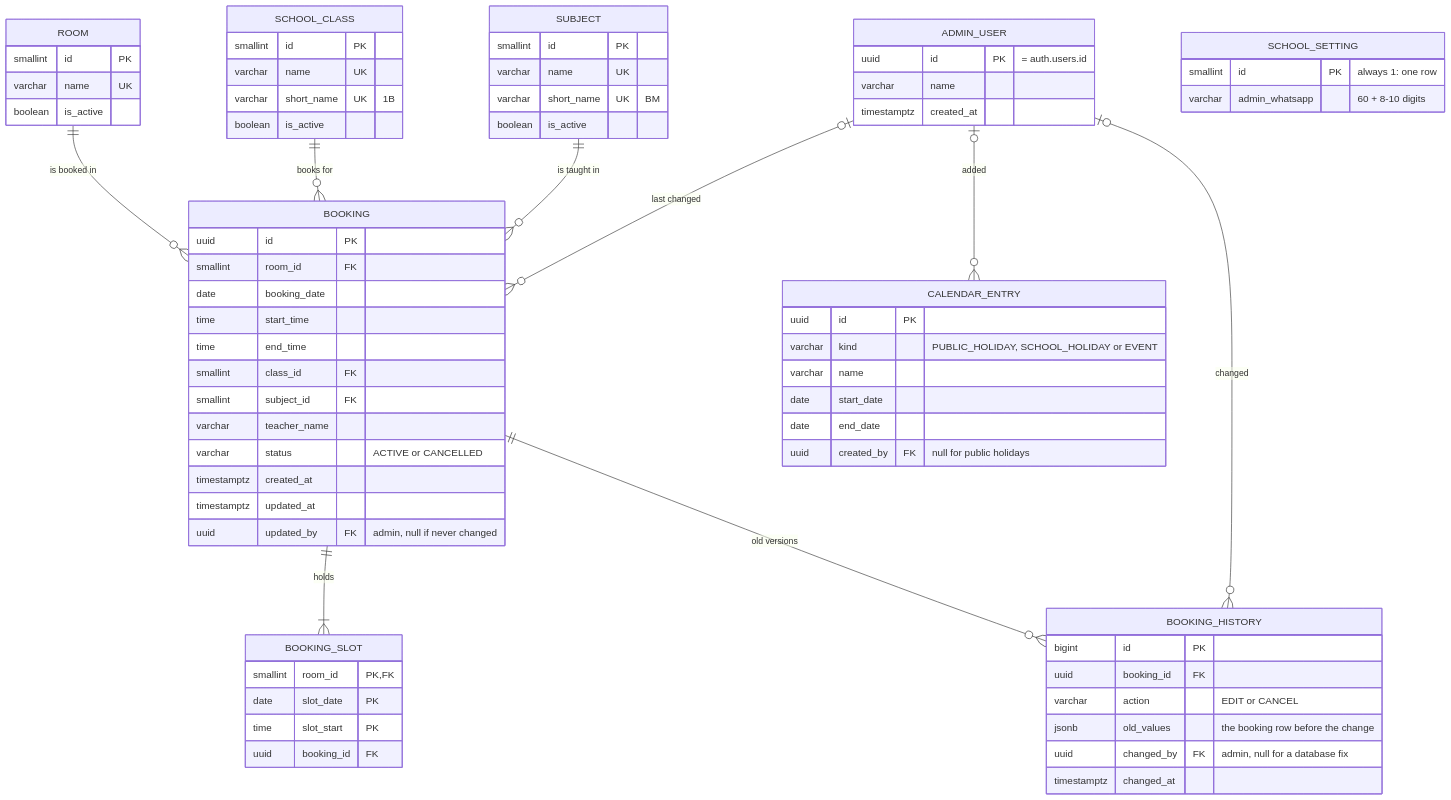
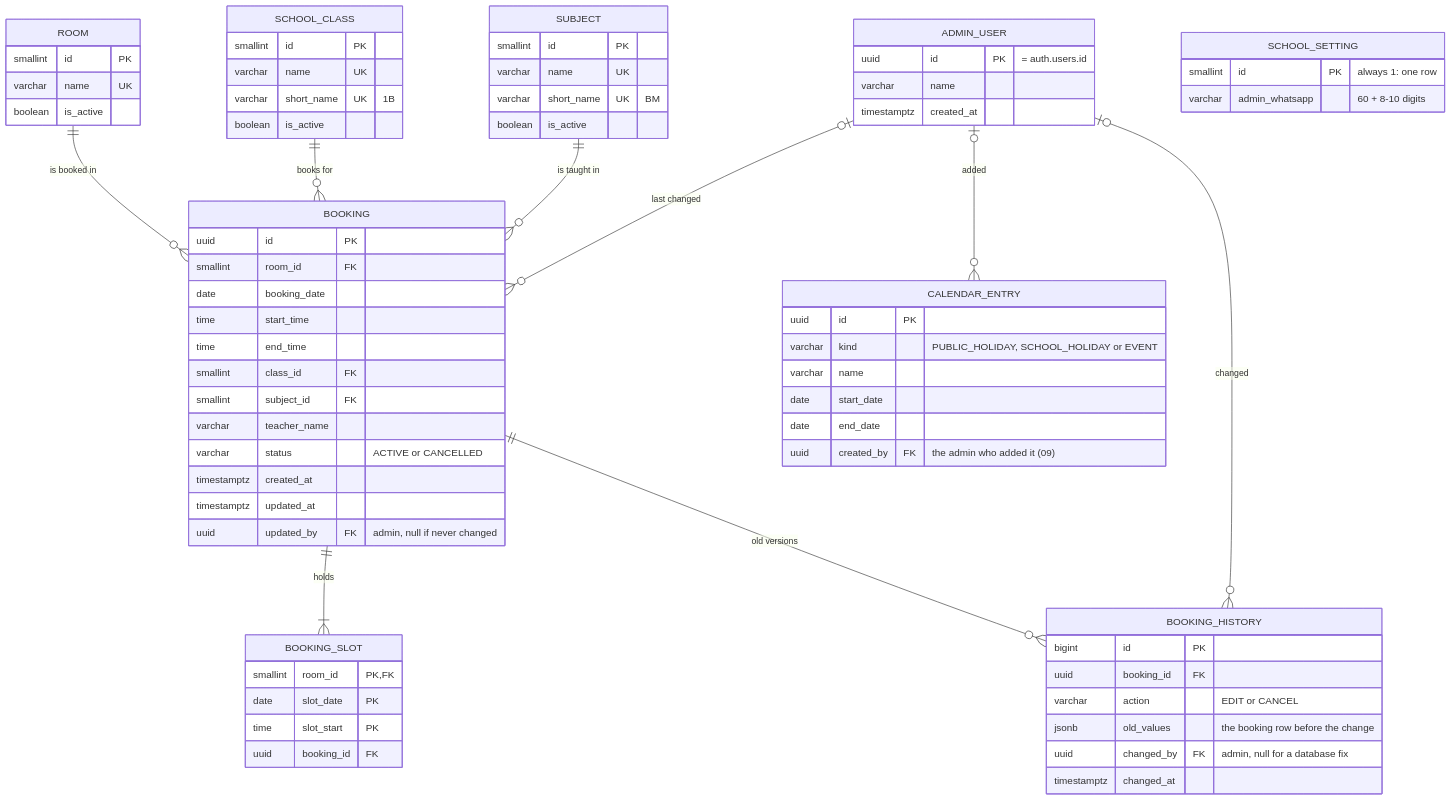
The diagram in docs/database.md (ictmitspi/mitspi-sys), drawn with Mermaid before and after one commit. The commit also changed other lines of this file and 9 other files, not shown here.

````diff
--- a/docs/database.md
+++ b/docs/database.md
@@ -25,74 +26,74 @@
 ```mermaid
 erDiagram
   ROOM ||--o{ BOOKING : "is booked in"
   SCHOOL_CLASS ||--o{ BOOKING : "books for"
   SUBJECT ||--o{ BOOKING : "is taught in"
   BOOKING ||--|{ BOOKING_SLOT : "holds"
   BOOKING ||--o{ BOOKING_HISTORY : "old versions"
   ADMIN_USER |o--o{ BOOKING : "last changed"
   ADMIN_USER |o--o{ BOOKING_HISTORY : "changed"
   ADMIN_USER |o--o{ CALENDAR_ENTRY : "added"
 
   ROOM {
     smallint id PK
     varchar name UK
     boolean is_active
   }
   SCHOOL_CLASS {
     smallint id PK
     varchar name UK
     varchar short_name UK "1B"
     boolean is_active
   }
   SUBJECT {
     smallint id PK
     varchar name UK
     varchar short_name UK "BM"
     boolean is_active
   }
   BOOKING {
     uuid id PK
     smallint room_id FK
     date booking_date
     time start_time
     time end_time
     smallint class_id FK
     smallint subject_id FK
     varchar teacher_name
     varchar status "ACTIVE or CANCELLED"
     timestamptz created_at
     timestamptz updated_at
     uuid updated_by FK "admin, null if never changed"
   }
   BOOKING_SLOT {
     smallint room_id PK, FK
     date slot_date PK
     time slot_start PK
     uuid booking_id FK
   }
   BOOKING_HISTORY {
     bigint id PK
     uuid booking_id FK
     varchar action "EDIT or CANCEL"
     jsonb old_values "the booking row before the change"
     uuid changed_by FK "admin, null for a database fix"
     timestamptz changed_at
   }
   ADMIN_USER {
     uuid id PK "= auth.users.id"
     varchar name
     timestamptz created_at
   }
   CALENDAR_ENTRY {
     uuid id PK
     varchar kind "PUBLIC_HOLIDAY, SCHOOL_HOLIDAY or EVENT"
     varchar name
     date start_date
     date end_date
-    uuid created_by FK "null for public holidays"
+    uuid created_by FK "the admin who added it (09)"
   }
   SCHOOL_SETTING {
     smallint id PK "always 1: one row"
     varchar admin_whatsapp "60 + 8-10 digits"
   }
 ```
````
